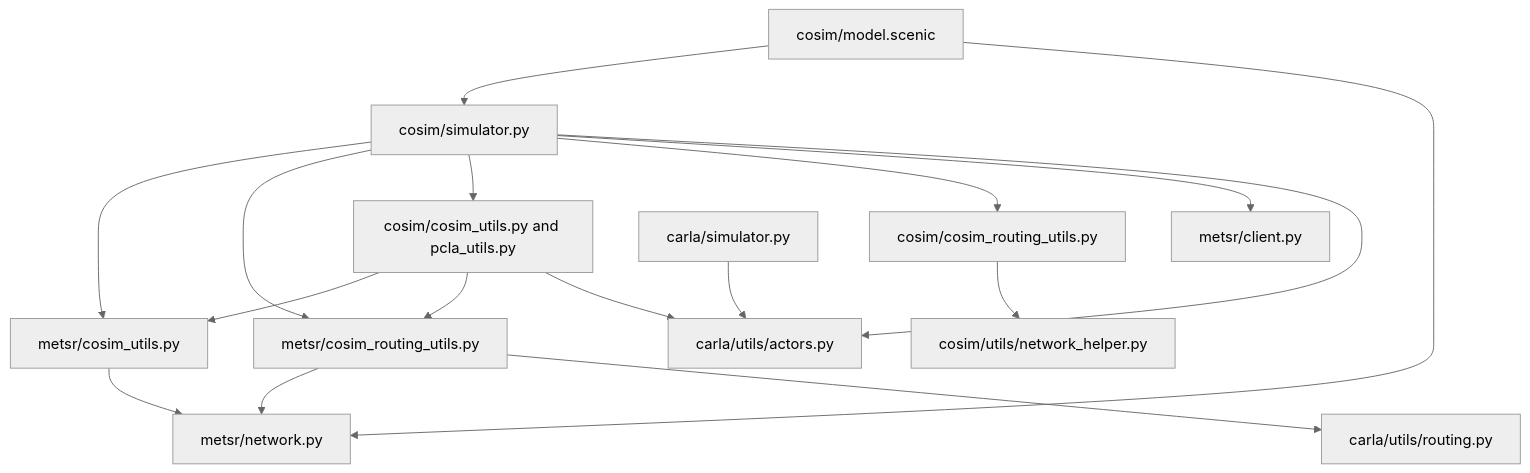
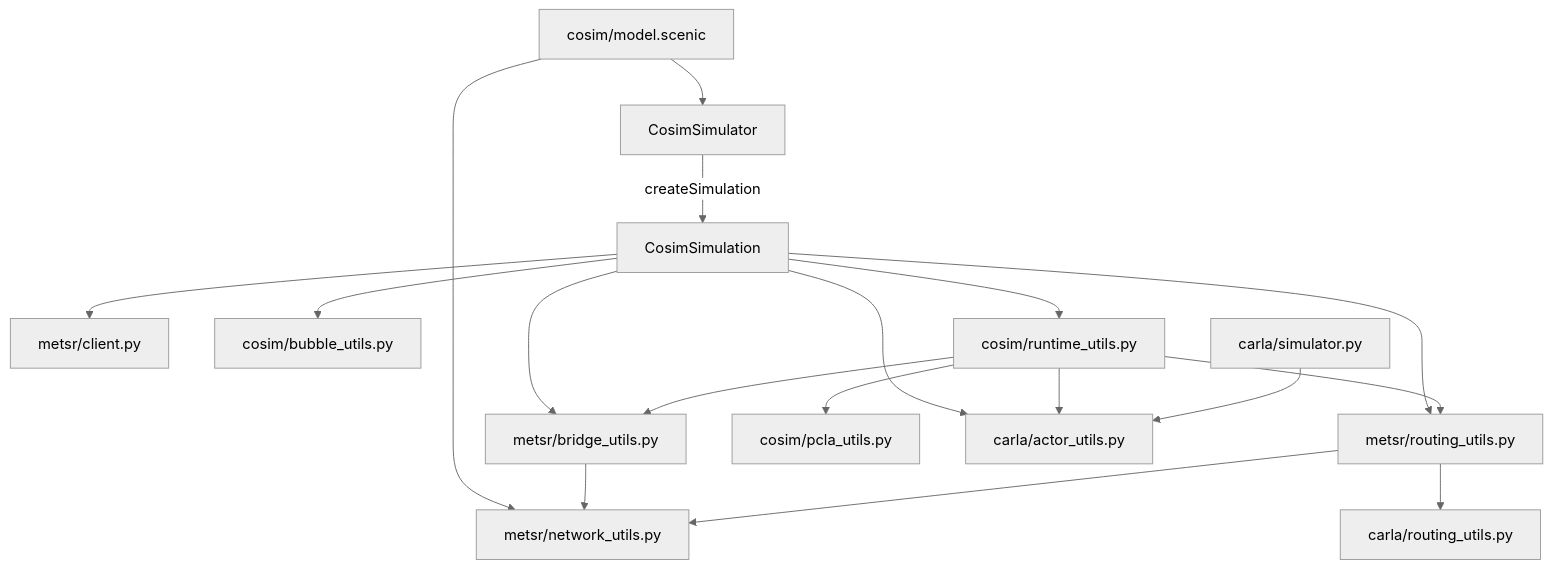
The diagram in docs/internals/metsr_cosim_review.md (Kv139/Scenic), drawn with Mermaid (neutral theme) before and after one commit. The commit also changed other lines of this file and 50 other files, not shown here.

````diff
--- a/docs/internals/metsr_cosim_review.md
+++ b/docs/internals/metsr_cosim_review.md
@@ -8,19 +27,20 @@
 ```mermaid
 flowchart TD
-    Model[cosim/model.scenic] --> Coordinator[cosim/simulator.py]
-    Model --> Metadata[metsr/network.py]
-    Coordinator --> Native[metsr/cosim_utils.py]
-    Coordinator --> Routing[metsr/cosim_routing_utils.py]
-    Coordinator --> Runtime[cosim/cosim_utils.py and pcla_utils.py]
-    Coordinator --> Bubble[cosim/cosim_routing_utils.py]
-    Coordinator --> Client[metsr/client.py]
-    Native --> Metadata
+    Model[cosim/model.scenic] --> Factory[CosimSimulator]
+    Factory -->|createSimulation| Run[CosimSimulation]
+    Model --> Metadata[metsr/network_utils.py]
+    Run --> Client[metsr/client.py]
+    Run --> Bridge[metsr/bridge_utils.py]
+    Run --> Routing[metsr/routing_utils.py]
+    Run --> Bubble[cosim/bubble_utils.py]
+    Run --> Runtime[cosim/runtime_utils.py]
+    Runtime --> PCLA[cosim/pcla_utils.py]
+    Runtime --> Bridge
+    Runtime --> Routing
+    Bridge --> Metadata
     Routing --> Metadata
-    Routing --> CarlaRouting[carla/utils/routing.py]
-    Runtime --> Native
-    Runtime --> Routing
-    Runtime --> Actors[carla/utils/actors.py]
-    Coordinator --> Actors
+    Routing --> Geometry[carla/routing_utils.py]
+    Run --> Actors[carla/actor_utils.py]
+    Runtime --> Actors
     Standalone[carla/simulator.py] --> Actors
-    Bubble --> ScenicNetwork[cosim/utils/network_helper.py]
 ```
````
